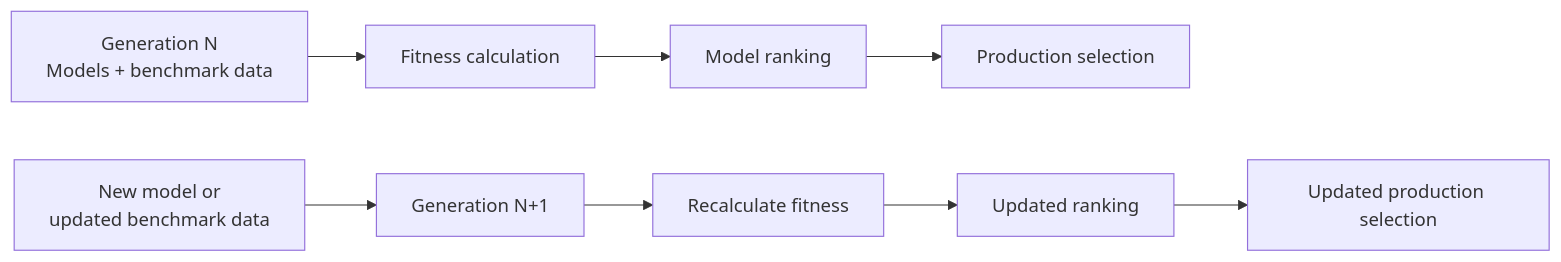
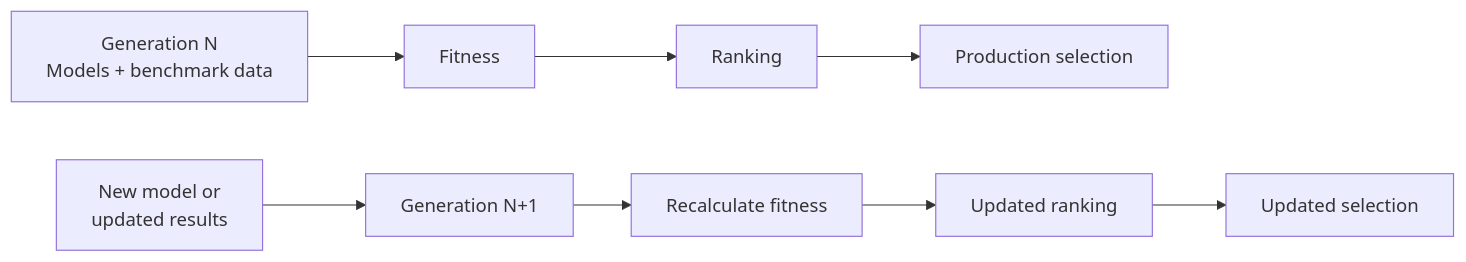
One commit to wgrzyb271/SoundCraft changed the fourth of 10 diagrams in README.md. Above: the diagram before and after it, drawn with Mermaid. The commit also changed other lines of this file, not shown here.

````diff
--- a/README.md
+++ b/README.md
@@ -336,20 +164,13 @@
 ```mermaid
 flowchart LR
     G1["Generation N<br/>Models + benchmark data"]
-
-    G1 --> F1["Fitness calculation"]
-
-    F1 --> R1["Model ranking"]
-
+    G1 --> F1["Fitness"]
+    F1 --> R1["Ranking"]
     R1 --> S1["Production selection"]
 
-    NEW["New model or<br/>updated benchmark data"]
-
+    NEW["New model or<br/>updated results"]
     NEW --> G2["Generation N+1"]
-
     G2 --> F2["Recalculate fitness"]
-
     F2 --> R2["Updated ranking"]
-
-    R2 --> S2["Updated production selection"]
+    R2 --> S2["Updated selection"]
 ```
````
